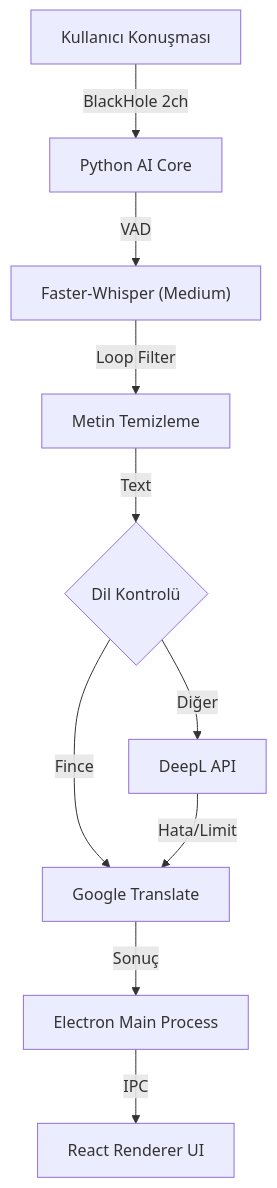
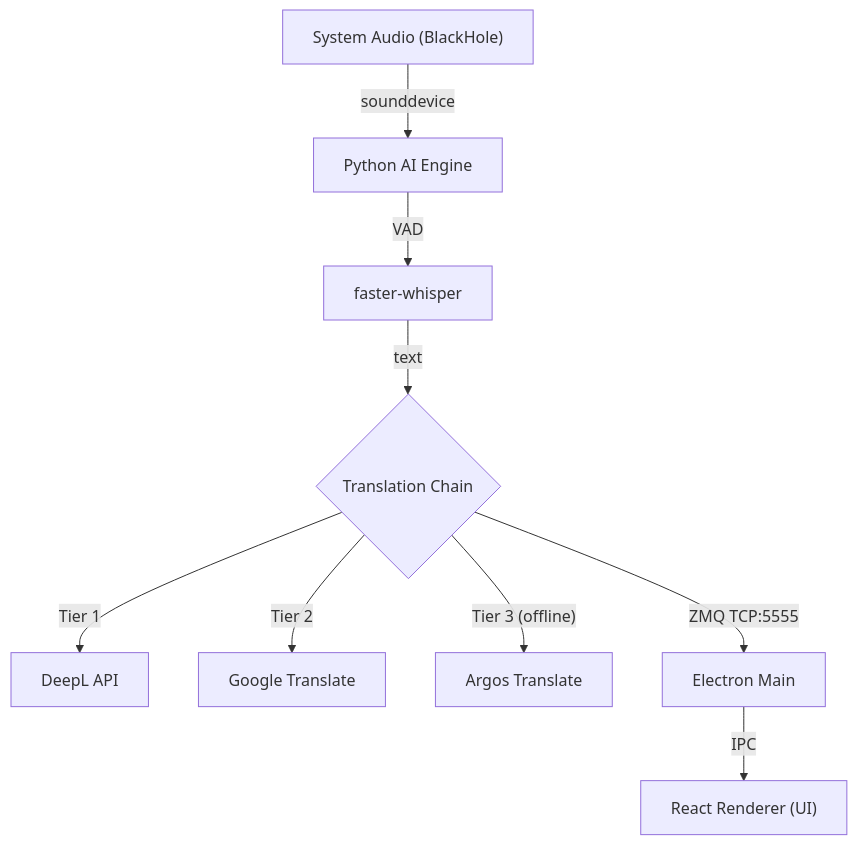
One commit to senoldogann/Live-Translate changed the diagram in README.md. Above: the diagram before and after it, drawn with Mermaid. The commit also changed other lines of this file and 2074 other files, not shown here.

````diff
--- a/README.md
+++ b/README.md
@@ -40,12 +38,11 @@
 ```mermaid
 graph TD
-    User["Kullanıcı Konuşması"] -->|BlackHole 2ch| PyCore["Python AI Core"]
-    PyCore -->|VAD| Whisper["Faster-Whisper (Medium)"]
-    Whisper -->|Loop Filter| PostProcess["Metin Temizleme"]
-    PostProcess -->|Text| Router{"Dil Kontrolü"}
-    Router -->|Fince| Google["Google Translate"]
-    Router -->|Diğer| DeepL["DeepL API"]
-    DeepL -->|Hata/Limit| Google
-    Google -->|Sonuç| Electron["Electron Main Process"]
-    Electron -->|IPC| React["React Renderer UI"]
+    Audio["System Audio (BlackHole)"] -->|sounddevice| PyEngine["Python AI Engine"]
+    PyEngine -->|VAD| Whisper["faster-whisper"]
+    Whisper -->|text| TranslationChain{"Translation Chain"}
+    TranslationChain -->|"Tier 1"| DeepL["DeepL API"]
+    TranslationChain -->|"Tier 2"| Google["Google Translate"]
+    TranslationChain -->|"Tier 3 (offline)"| Argos["Argos Translate"]
+    TranslationChain -->|ZMQ TCP:5555| Electron["Electron Main"]
+    Electron -->|IPC| React["React Renderer (UI)"]
 ```
````
